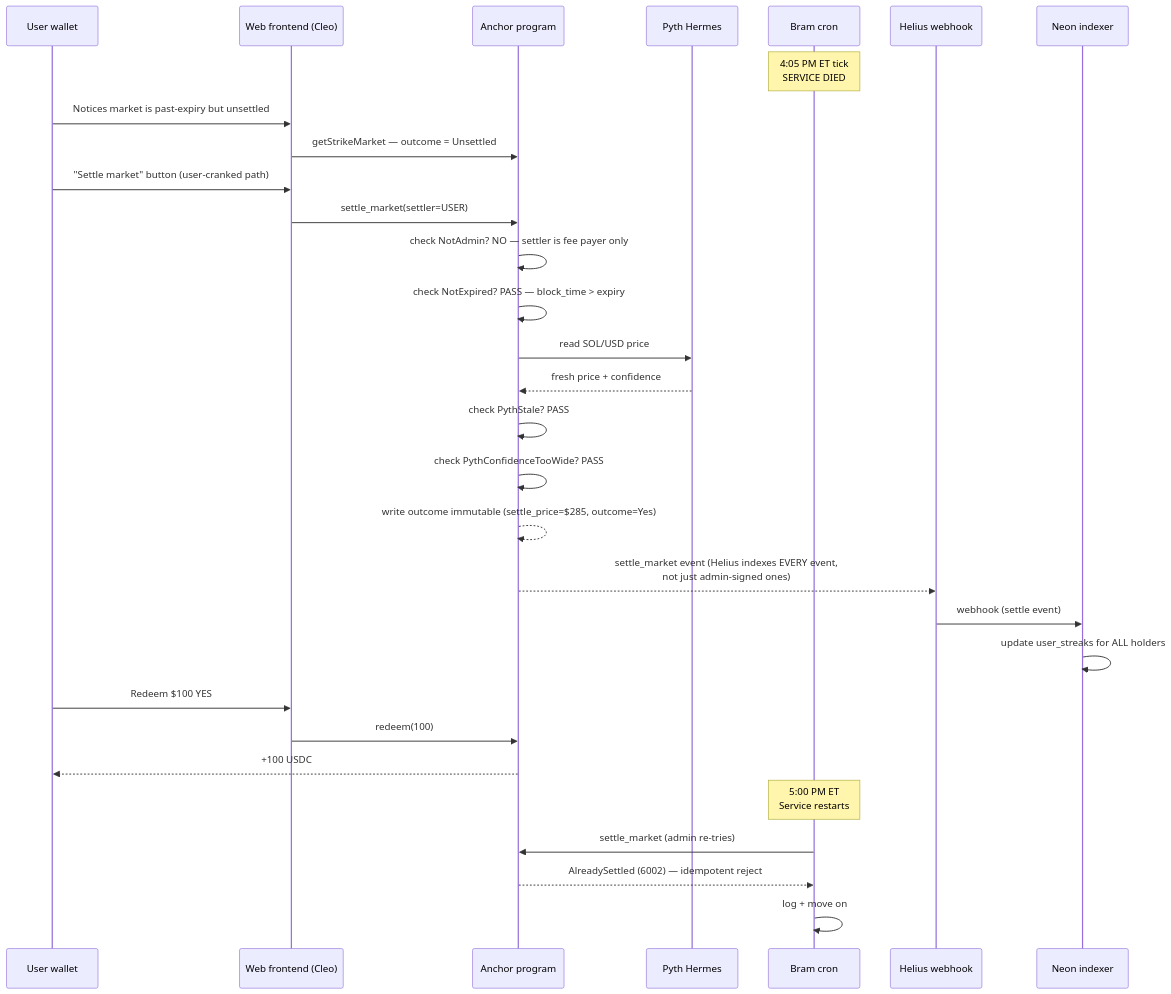
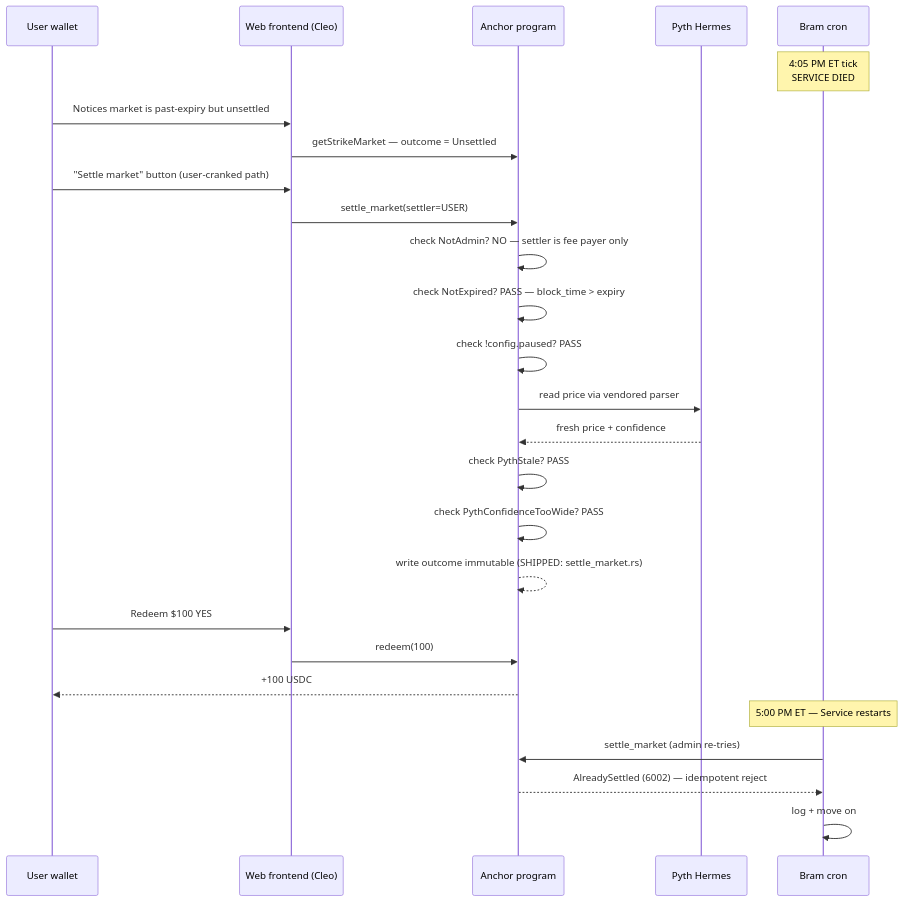
The second of 2 diagrams in docs/demo/cron-failure-path.md (TradeUpCards/BellMarkets), drawn with Mermaid before and after one commit. The commit also changed other lines of this file and 2 other files, not shown here.

````diff
--- a/docs/demo/cron-failure-path.md
+++ b/docs/demo/cron-failure-path.md
@@ -69,36 +69,32 @@
 ```mermaid
 sequenceDiagram
     participant U as User wallet
     participant W as Web frontend (Cleo)
     participant P as Anchor program
     participant Py as Pyth Hermes
     participant C as Bram cron
-    participant He as Helius webhook
-    participant N as Neon indexer
 
     Note over C: 4:05 PM ET tick<br/>SERVICE DIED
 
     U->>W: Notices market is past-expiry but unsettled
     W->>P: getStrikeMarket — outcome = Unsettled
     U->>W: "Settle market" button (user-cranked path)
     W->>P: settle_market(settler=USER)
     P->>P: check NotAdmin? NO — settler is fee payer only
     P->>P: check NotExpired? PASS — block_time > expiry
-    P->>Py: read SOL/USD price
+    P->>P: check !config.paused? PASS
+    P->>Py: read price via vendored parser
     Py-->>P: fresh price + confidence
     P->>P: check PythStale? PASS
     P->>P: check PythConfidenceTooWide? PASS
-    P-->>P: write outcome immutable (settle_price=$285, outcome=Yes)
-    P-->>He: settle_market event (Helius indexes EVERY event,<br/>not just admin-signed ones)
-    He->>N: webhook (settle event)
-    N->>N: update user_streaks for ALL holders
+    P-->>P: write outcome immutable (SHIPPED: settle_market.rs)
 
     U->>W: Redeem $100 YES
     W->>P: redeem(100)
     P-->>U: +100 USDC
 
-    Note over C: 5:00 PM ET<br/>Service restarts
+    Note over C: 5:00 PM ET — Service restarts
     C->>P: settle_market (admin re-tries)
     P-->>C: AlreadySettled (6002) — idempotent reject
     C->>C: log + move on
 ```
````
